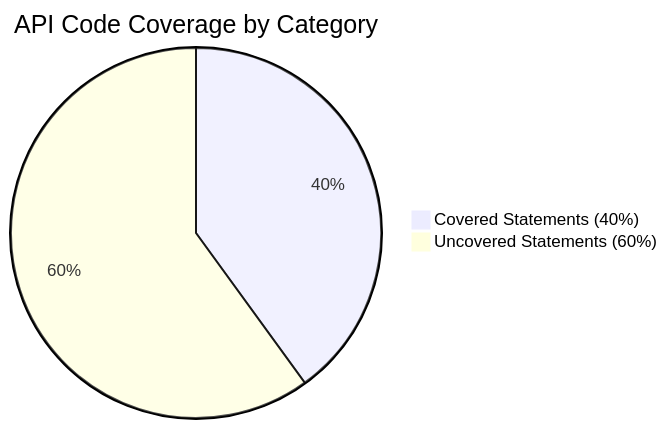
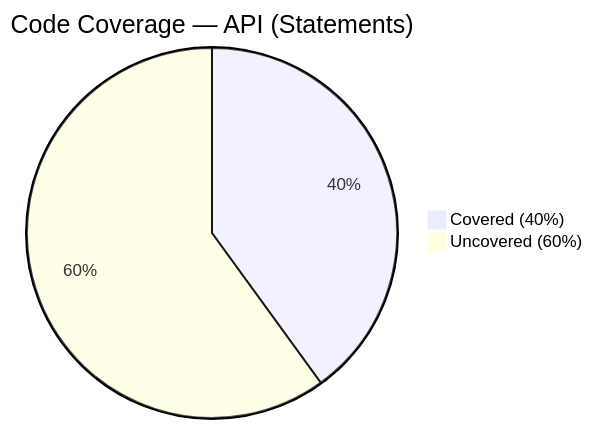
The second of 4 diagrams in audit/test-coverage.md (gjw/treasury-ship), drawn with Mermaid before and after one commit. The commit also changed other lines of this file and 3 other files, not shown here.

Commit message:
Add E2E results, web coverage config, critical flow mapping to test audit (treasury-ship-jqt)

````diff
--- a/audit/test-coverage.md
+++ b/audit/test-coverage.md
@@ -253,5 +285,5 @@
 ```mermaid
-pie title API Code Coverage by Category
-    "Covered Statements (40%)" : 40
-    "Uncovered Statements (60%)" : 60
+pie title Code Coverage — API (Statements)
+    "Covered (40%)" : 40
+    "Uncovered (60%)" : 60
 ```
````
